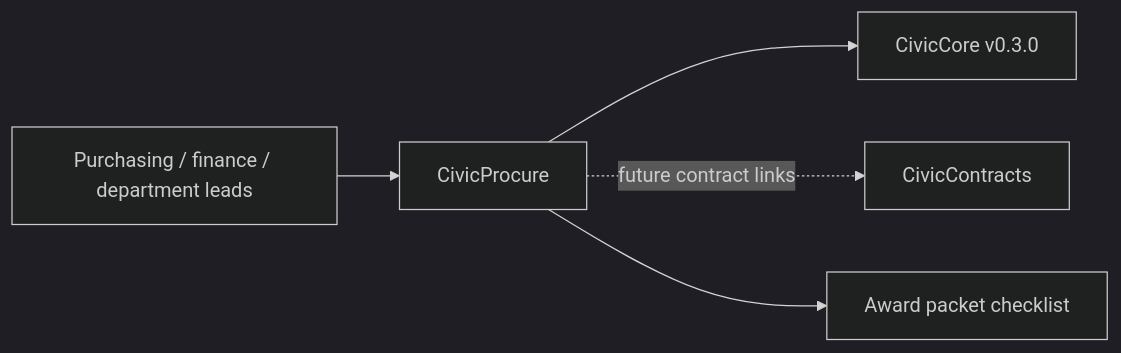
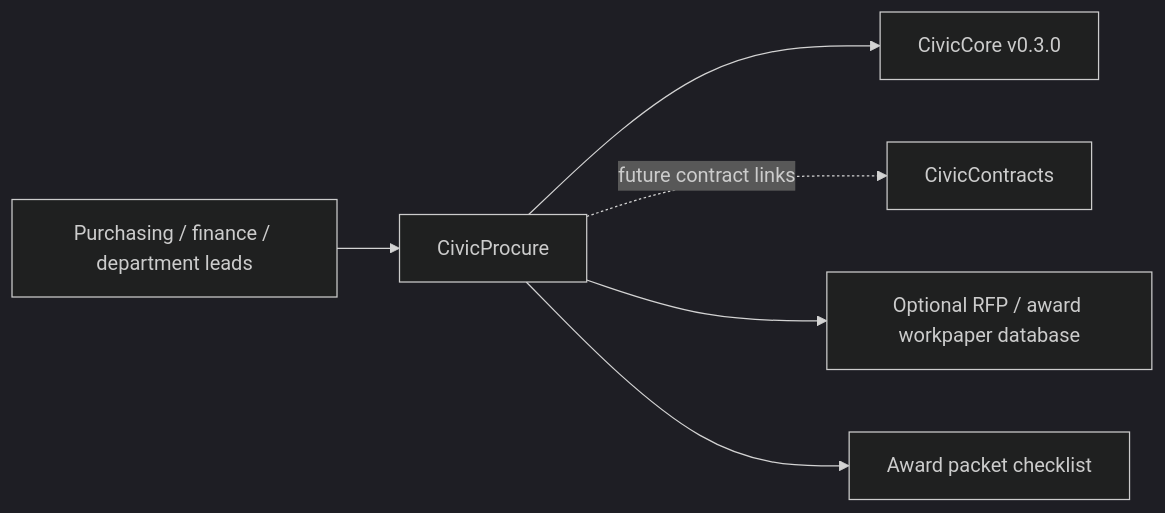
Before and after one commit to CivicSuite/civicprocure: the diagram in USER-MANUAL.md, drawn with Mermaid (dark theme). The commit also changed other lines of this file and 15 other files, not shown here.

````diff
--- a/USER-MANUAL.md
+++ b/USER-MANUAL.md
@@ -32,7 +36,8 @@
 ```mermaid
 flowchart LR
   Staff["Purchasing / finance / department leads"] --> CivicProcure["CivicProcure"]
   CivicProcure --> CivicCore["CivicCore v0.3.0"]
   CivicProcure -. future contract links .-> CivicContracts["CivicContracts"]
+  CivicProcure --> Workpapers["Optional RFP / award workpaper database"]
   CivicProcure --> Export["Award packet checklist"]
 ```
````
